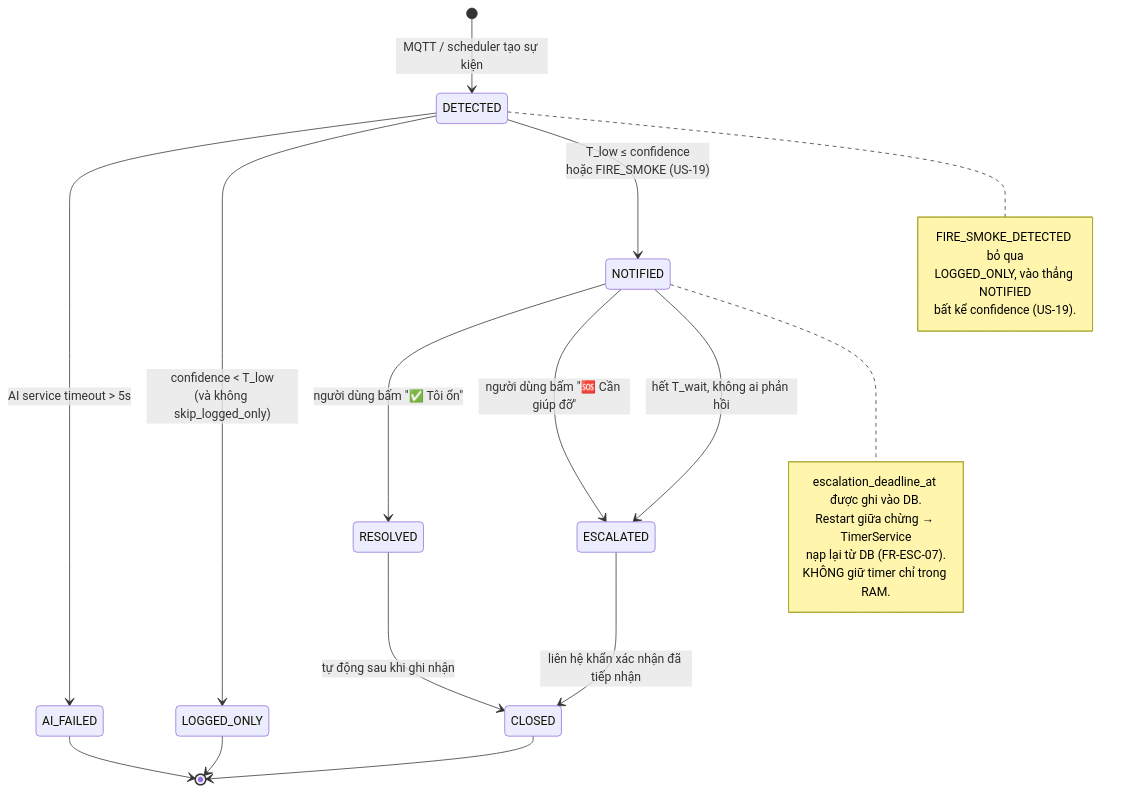
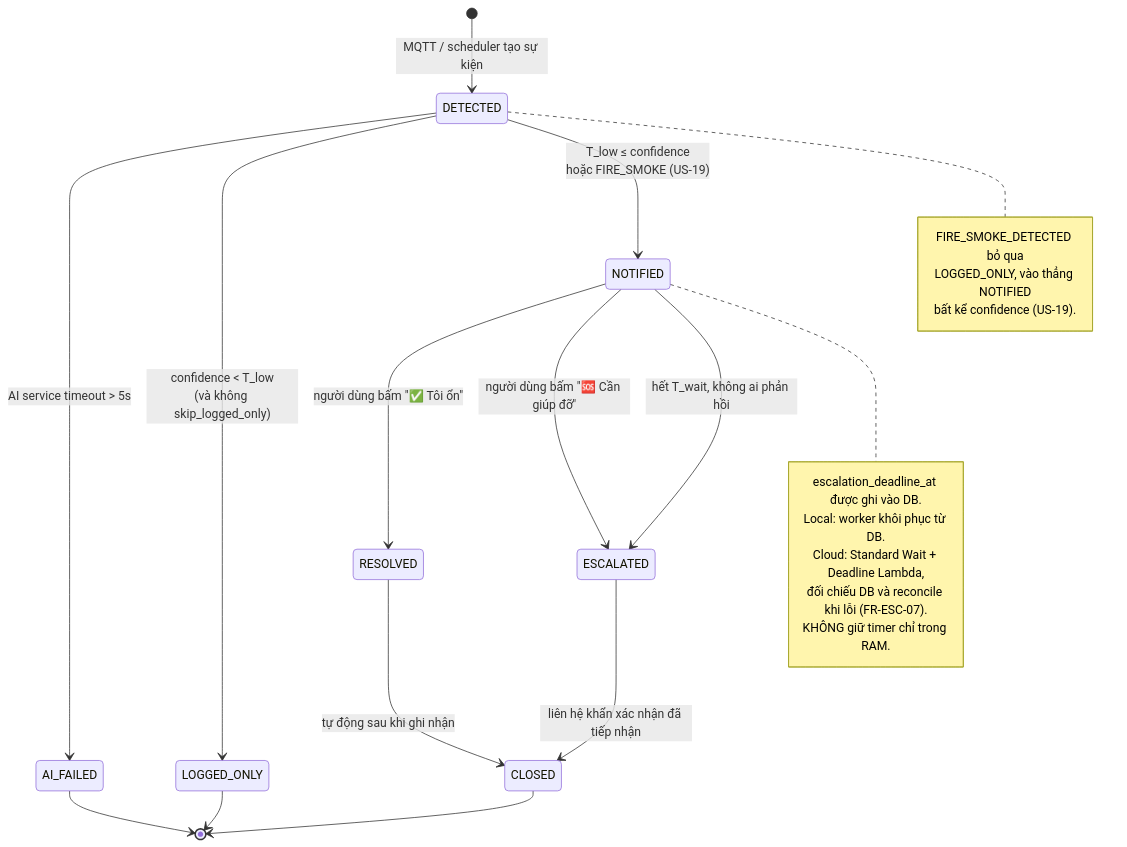
One commit to DuongDaiPhat/aws-camera-ai changed the fifth of 5 diagrams in docs/architecture/C4_ARCHITECTURE.md. Above: the diagram before and after it, drawn with Mermaid. The commit also changed other lines of this file and 19 other files, not shown here.

Commit message:
docs(docs): add sprint 4 AWS architecture and hands-on labs

````diff
--- a/docs/architecture/C4_ARCHITECTURE.md
+++ b/docs/architecture/C4_ARCHITECTURE.md
@@ -352,32 +379,33 @@
 ```mermaid
 stateDiagram-v2
     [*] --> DETECTED : MQTT / scheduler tạo sự kiện
 
     DETECTED --> AI_FAILED : AI service timeout > 5s
     DETECTED --> LOGGED_ONLY : confidence < T_low<br/>(và không skip_logged_only)
     DETECTED --> NOTIFIED : T_low ≤ confidence<br/>hoặc FIRE_SMOKE (US-19)
 
     NOTIFIED --> RESOLVED : người dùng bấm "✅ Tôi ổn"
     NOTIFIED --> ESCALATED : người dùng bấm "🆘 Cần giúp đỡ"
     NOTIFIED --> ESCALATED : hết T_wait, không ai phản hồi
 
     ESCALATED --> CLOSED : liên hệ khẩn xác nhận đã tiếp nhận
     RESOLVED --> CLOSED : tự động sau khi ghi nhận
 
     AI_FAILED --> [*]
     LOGGED_ONLY --> [*]
     CLOSED --> [*]
 
     note right of NOTIFIED
         escalation_deadline_at được ghi vào DB.
-        Restart giữa chừng → TimerService
-        nạp lại từ DB (FR-ESC-07).
+        Local: worker khôi phục từ DB.
+        Cloud: Standard Wait + Deadline Lambda,
+        đối chiếu DB và reconcile khi lỗi (FR-ESC-07).
         KHÔNG giữ timer chỉ trong RAM.
     end note
 
     note right of DETECTED
         FIRE_SMOKE_DETECTED bỏ qua
         LOGGED_ONLY, vào thẳng NOTIFIED
         bất kể confidence (US-19).
     end note
 ```
````
